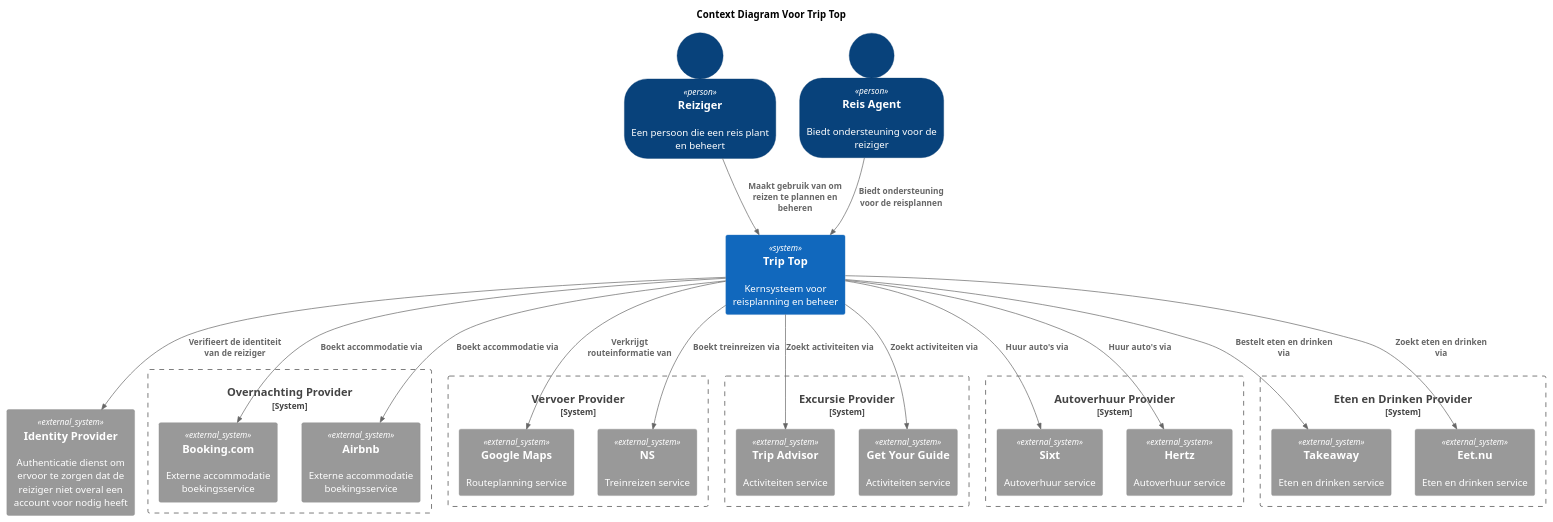
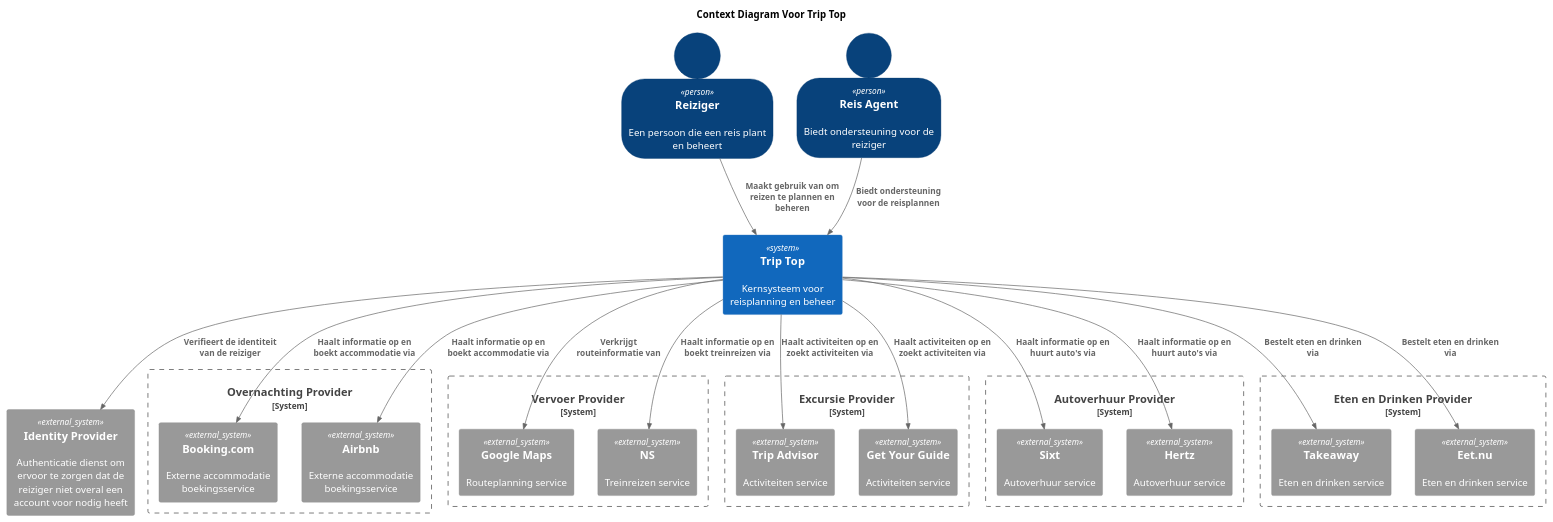
Before and after one commit to AIM-ENE-feb25/triptop-sqr-tech: the diagram in Context-diagrams/GroepsDiagram.puml, drawn with PlantUML.

Commit message:
Relatie pijlen fix op groepsdiagram

```diff
--- a/Context-diagrams/GroepsDiagram.puml
+++ b/Context-diagrams/GroepsDiagram.puml
@@ -1,53 +1,53 @@
 @startuml
 !include https://raw.githubusercontent.com/plantuml-stdlib/C4-PlantUML/master/C4_Context.puml
 SHOW_PERSON_OUTLINE()
 
 title Context Diagram Voor Trip Top
 
 Person(reiziger, "Reiziger", "Een persoon die een reis plant en beheert")
 Person(reisA, "Reis Agent", "Biedt ondersteuning voor de reiziger")
 
 System(tts, "Trip Top", "Kernsysteem voor reisplanning en beheer")
 
 System_Boundary(accommodatie, "Overnachting Provider") {
     System_Ext(bookingCom, "Booking.com", "Externe accommodatie boekingsservice")
     System_Ext(airbnb, "Airbnb", "Externe accommodatie boekingsservice")
 }
 
 System_Boundary(vervoer, "Vervoer Provider") {
     System_Ext(googleMaps, "Google Maps", "Routeplanning service")
     System_Ext(ns, "NS", "Treinreizen service")
 }
 
 System_Boundary(exc, "Excursie Provider") {
     System_Ext(tripAdvisor, "Trip Advisor", "Activiteiten service")
     System_Ext(gyg, "Get Your Guide", "Activiteiten service")
 }
 
 System_Boundary(autoVerhuur, "Autoverhuur Provider") {
     System_Ext(sixt, "Sixt", "Autoverhuur service")
     System_Ext(hertz, "Hertz", "Autoverhuur service")
 }
 
 System_Boundary(eNd, "Eten en Drinken Provider") {
     System_Ext(takeaway, "Takeaway", "Eten en drinken service")
     System_Ext(eet.nu, "Eet.nu", "Eten en drinken service")
 }
 
 System_Ext(ip, "Identity Provider", "Authenticatie dienst om ervoor te zorgen dat de reiziger niet overal een account voor nodig heeft")
 
 Rel(reiziger, tts, "Maakt gebruik van om reizen te plannen en beheren")
 Rel(reisA, tts, "Biedt ondersteuning voor de reisplannen")
-Rel(tts, bookingCom, "Boekt accommodatie via")
-Rel(tts, airbnb, "Boekt accommodatie via")
+Rel(tts, bookingCom, "Haalt informatie op en boekt accommodatie via")
+Rel(tts, airbnb, "Haalt informatie op en boekt accommodatie via")
 Rel(tts, googleMaps, "Verkrijgt routeinformatie van")
-Rel(tts, ns, "Boekt treinreizen via")
+Rel(tts, ns, "Haalt informatie op en boekt treinreizen via")
 Rel(tts, ip, "Verifieert de identiteit van de reiziger")
-Rel(tts, tripAdvisor, "Zoekt activiteiten via")
-Rel(tts, gyg, "Zoekt activiteiten via")
-Rel(tts, sixt, "Huur auto's via")
-Rel(tts, hertz, "Huur auto's via")
+Rel(tts, tripAdvisor, "Haalt activiteiten op en zoekt activiteiten via")
+Rel(tts, gyg, "Haalt activiteiten op en zoekt activiteiten via")
+Rel(tts, sixt, "Haalt informatie op en huurt auto's via")
+Rel(tts, hertz, "Haalt informatie op en huurt auto's via")
 Rel(tts, takeaway, "Bestelt eten en drinken via")
-Rel(tts, eet.nu, "Zoekt eten en drinken via")
+Rel(tts, eet.nu, "Bestelt eten en drinken via")
 
 @enduml
```
